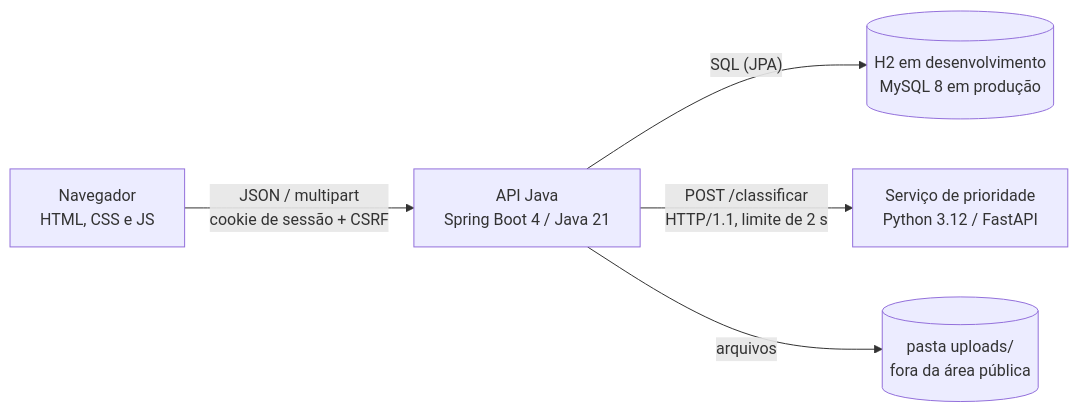
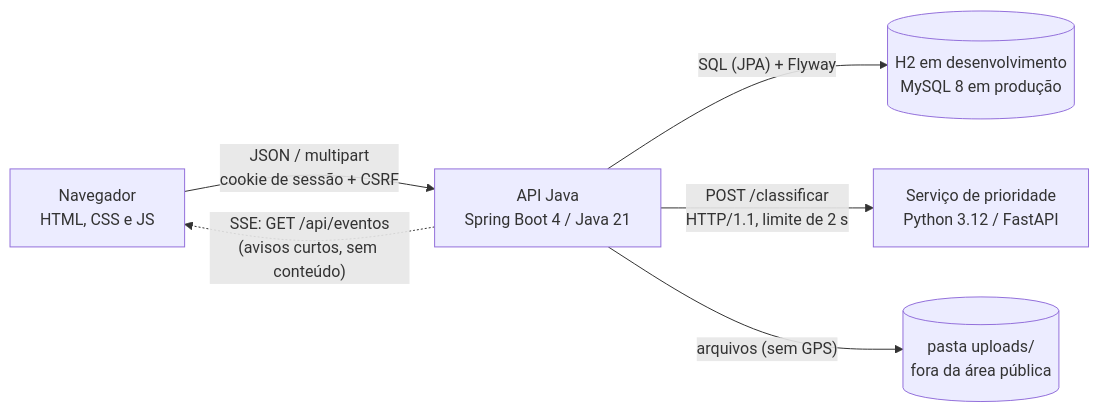
Before and after one commit to nevessdhiego-design/nexodesk: the first of 6 diagrams in docs/documentacao-tecnica.md, drawn with Mermaid. The commit also changed other lines of this file and 12 other files, not shown here.

````diff
--- a/docs/documentacao-tecnica.md
+++ b/docs/documentacao-tecnica.md
@@ -45,7 +62,8 @@
 ```mermaid
 flowchart LR
     N["Navegador<br/>HTML, CSS e JS"] -->|"JSON / multipart<br/>cookie de sessão + CSRF"| A["API Java<br/>Spring Boot 4 / Java 21"]
-    A -->|"SQL (JPA)"| B[("H2 em desenvolvimento<br/>MySQL 8 em produção")]
+    A -. "SSE: GET /api/eventos<br/>(avisos curtos, sem conteúdo)" .-> N
+    A -->|"SQL (JPA) + Flyway"| B[("H2 em desenvolvimento<br/>MySQL 8 em produção")]
     A -->|"POST /classificar<br/>HTTP/1.1, limite de 2 s"| P["Serviço de prioridade<br/>Python 3.12 / FastAPI"]
-    A -->|"arquivos"| U[("pasta uploads/<br/>fora da área pública")]
+    A -->|"arquivos (sem GPS)"| U[("pasta uploads/<br/>fora da área pública")]
 ```
````
